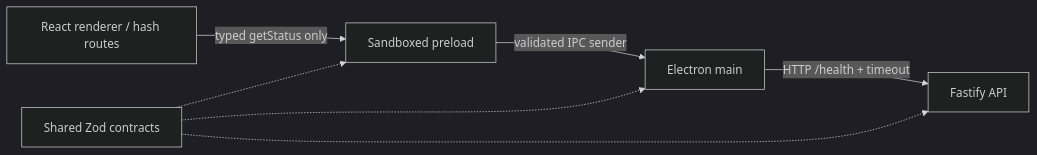
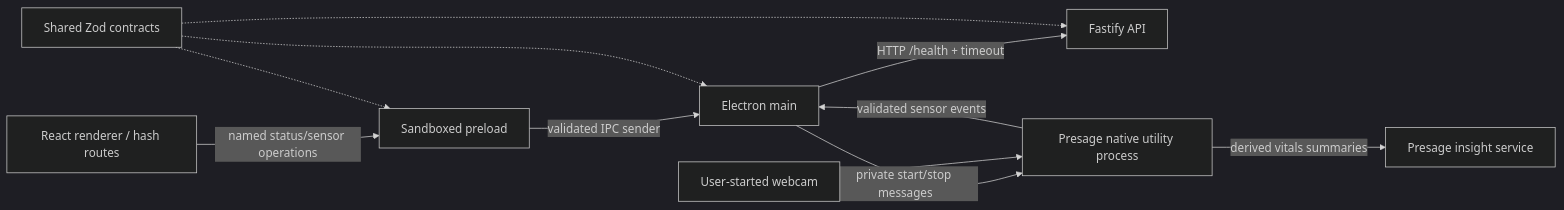
The first of 2 diagrams in docs/ARCHITECTURE.md (Jeffjone/TrueIris), drawn with Mermaid (dark theme) before and after one commit. The commit also changed other lines of this file and 33 other files, not shown here.

Commit message:
feat(sensor): integrate Presage realtime measurements

````diff
--- a/docs/ARCHITECTURE.md
+++ b/docs/ARCHITECTURE.md
@@ -7,9 +7,13 @@
 ```mermaid
 flowchart LR
-  UI[React renderer / hash routes] -->|typed getStatus only| PL[Sandboxed preload]
+  UI[React renderer / hash routes] -->|named status/sensor operations| PL[Sandboxed preload]
   PL -->|validated IPC sender| MAIN[Electron main]
   MAIN -->|HTTP /health + timeout| API[Fastify API]
+  MAIN -->|private start/stop messages| WORKER[Presage native utility process]
+  WORKER -->|validated sensor events| MAIN
+  CAMERA[User-started webcam] --> WORKER
+  WORKER -->|derived vitals summaries| PRESAGE[Presage insight service]
   SCHEMAS[Shared Zod contracts] -.-> PL
   SCHEMAS -.-> MAIN
   SCHEMAS -.-> API
 ```
````
